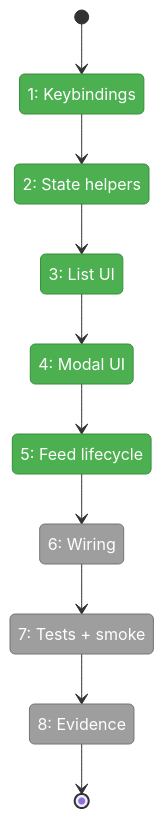
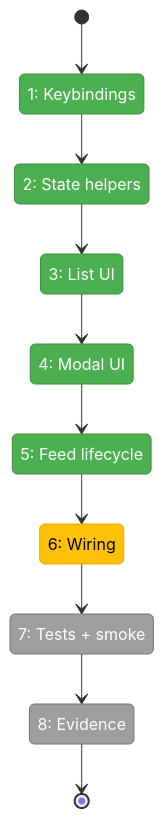
The first of 2 diagrams in docs/plans/007-options-for-pi-extensions-that-do-subagents/tasks/phase-2-full-modal-minih-run-viewer/tasks.fltplan.md (vaughanknight/pij), drawn with Mermaid before and after one commit. The commit also changed other lines of this file and 4 other files, not shown here.

````diff
--- a/docs/plans/007-options-for-pi-extensions-that-do-subagents/tasks/phase-2-full-modal-minih-run-viewer/tasks.fltplan.md
+++ b/docs/plans/007-options-for-pi-extensions-that-do-subagents/tasks/phase-2-full-modal-minih-run-viewer/tasks.fltplan.md
@@ -43,29 +43,30 @@
 ```mermaid
 stateDiagram-v2
     classDef pending fill:#9E9E9E,stroke:#757575,color:#fff
     classDef active fill:#FFC107,stroke:#FFA000,color:#000
     classDef done fill:#4CAF50,stroke:#388E3C,color:#fff
     classDef blocked fill:#F44336,stroke:#D32F2F,color:#fff
 
     state "1: Keybindings" as S1
     state "2: State helpers" as S2
     state "3: List UI" as S3
     state "4: Modal UI" as S4
     state "5: Feed lifecycle" as S5
     state "6: Wiring" as S6
     state "7: Tests + smoke" as S7
     state "8: Evidence" as S8
 
     [*] --> S1
     S1 --> S2
     S2 --> S3
     S3 --> S4
     S4 --> S5
     S5 --> S6
     S6 --> S7
     S7 --> S8
     S8 --> [*]
 
     class S1,S2,S3,S4,S5 done
-    class S6,S7,S8 pending
+    class S6 active
+    class S7,S8 pending
 ```
````
